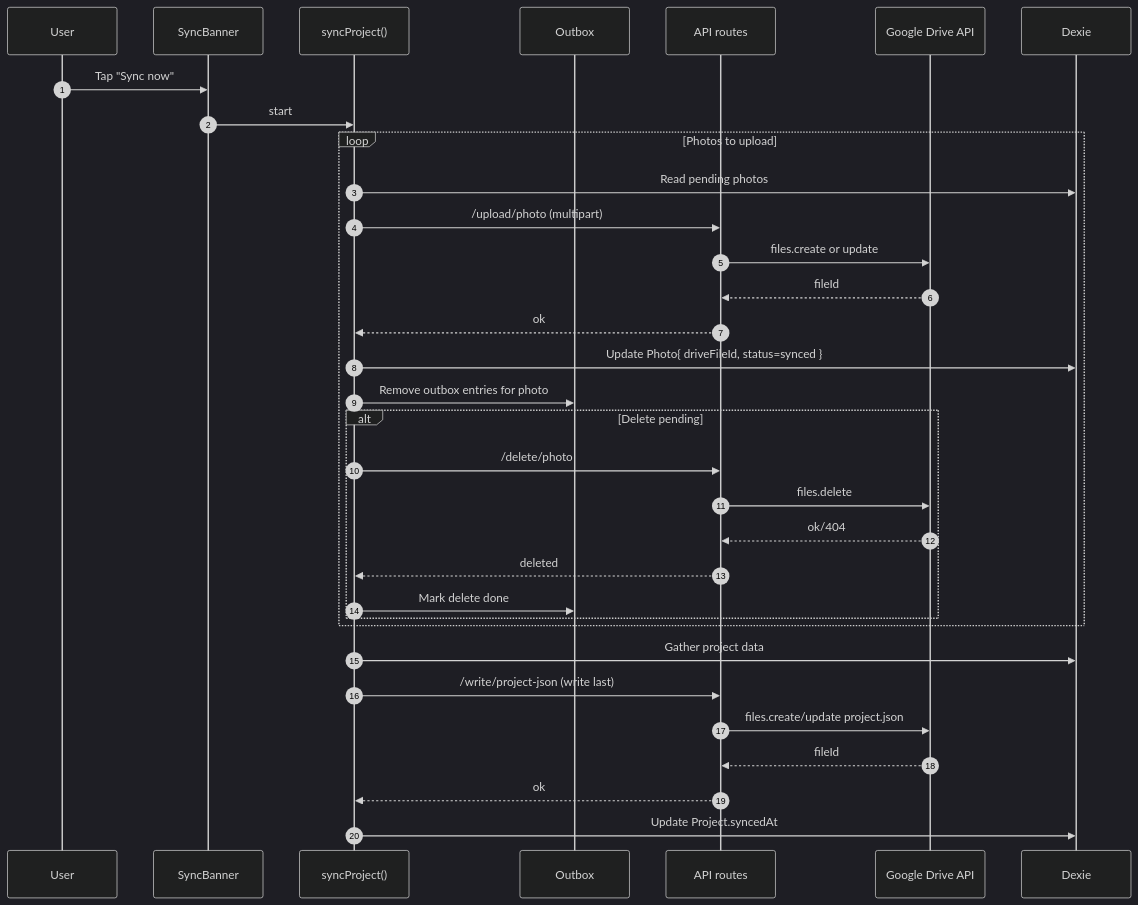
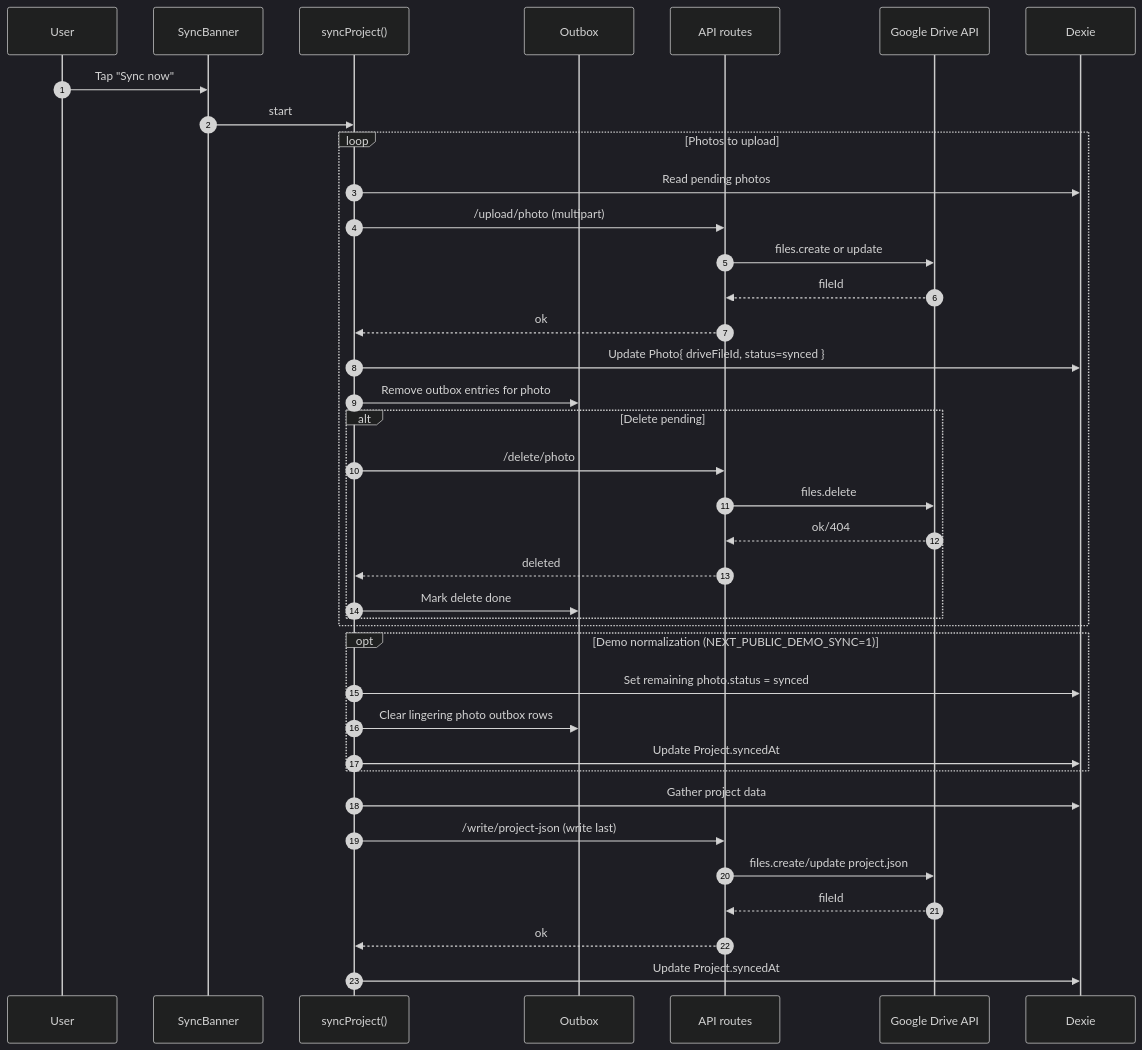
Before and after one commit to jnors/SiteSurveyTool: the fifth of 7 diagrams in docs/uml/sst-uml.md, drawn with Mermaid (dark theme). The commit also changed 6 other files, not shown here.

````diff
--- a/docs/uml/sst-uml.md
+++ b/docs/uml/sst-uml.md
@@ -203,36 +203,41 @@
 ```mermaid
 sequenceDiagram
   autonumber
   participant U as User
   participant SB as SyncBanner
   participant Sync as syncProject()
   participant OB as Outbox
   participant API as API routes
   participant GD as Google Drive API
   participant DB as Dexie
 
   U->>SB: Tap "Sync now"
   SB->>Sync: start
   loop Photos to upload
     Sync->>DB: Read pending photos
     Sync->>API: /upload/photo (multipart)
     API->>GD: files.create or update
     GD-->>API: fileId
     API-->>Sync: ok
     Sync->>DB: Update Photo{ driveFileId, status=synced }
     Sync->>OB: Remove outbox entries for photo
     alt Delete pending
       Sync->>API: /delete/photo
       API->>GD: files.delete
       GD-->>API: ok/404
       API-->>Sync: deleted
       Sync->>OB: Mark delete done
     end
   end
+  opt Demo normalization (NEXT_PUBLIC_DEMO_SYNC=1)
+    Sync->>DB: Set remaining photo.status = synced
+    Sync->>OB: Clear lingering photo outbox rows
+    Sync->>DB: Update Project.syncedAt
+  end
   Sync->>DB: Gather project data
   Sync->>API: /write/project-json (write last)
   API->>GD: files.create/update project.json
   GD-->>API: fileId
   API-->>Sync: ok
   Sync->>DB: Update Project.syncedAt
 ```
````
